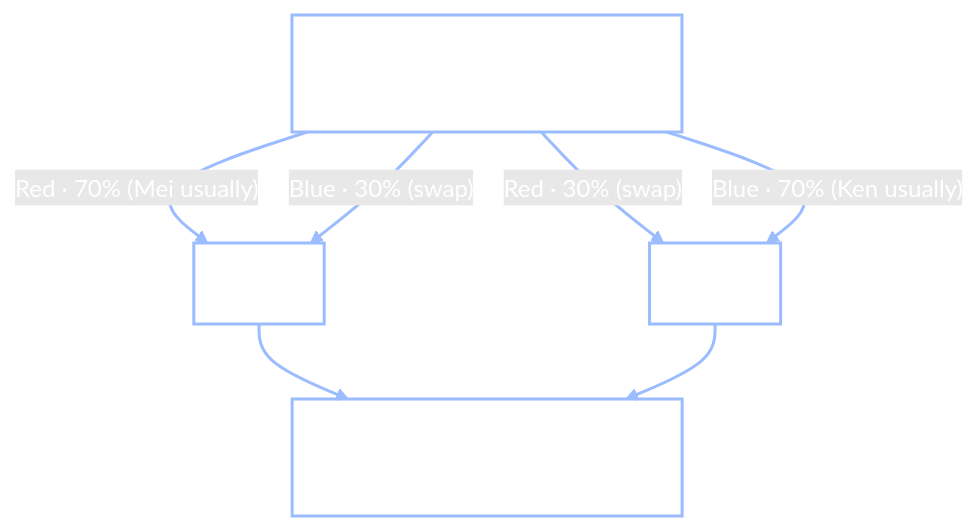
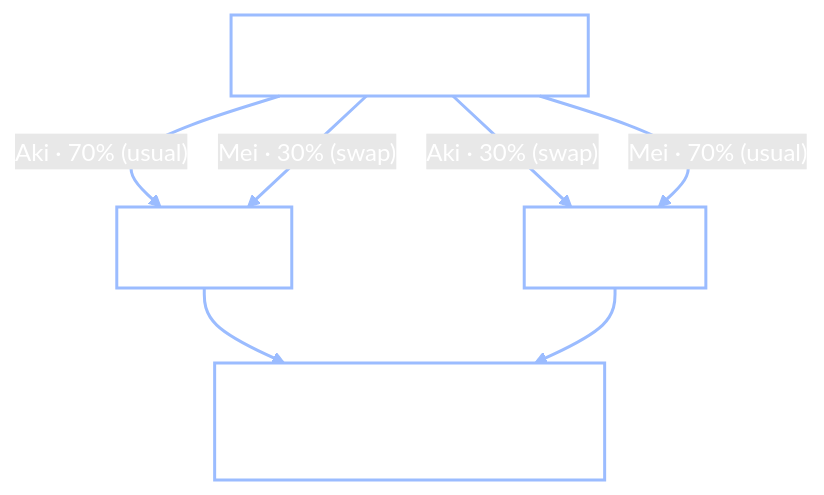
Before and after one commit to josephausterweil/probintro: the first of 2 diagrams in content/intro2/22_q_learning.md, drawn with Mermaid (forest theme). The commit also changed other lines of this file and 2 other files, not shown here.

First line of the commit message:
Ch22: recast the two-step task into the canonical Chibany bento setup

````diff
--- a/content/intro2/22_q_learning.md
+++ b/content/intro2/22_q_learning.md
@@ -279,13 +279,13 @@
 ```mermaid
 graph TD
-    S1["Chibany packs: Red box or Blue box?"]
-    S1 -->|"Red · 70% (Mei usually)"| MEI["Mei"]
-    S1 -->|"Red · 30% (swap)"| KEN["Ken"]
-    S1 -->|"Blue · 70% (Ken usually)"| KEN
-    S1 -->|"Blue · 30% (swap)"| MEI
-    MEI --> R["shares tonkatsu? (drifts slowly)"]
-    KEN --> R
+    S1["Chibany asks: Aki or Mei?"]
+    S1 -->|"Aki · 70% (usual)"| RED["Red box"]
+    S1 -->|"Aki · 30% (swap)"| BLUE["Blue box"]
+    S1 -->|"Mei · 70% (usual)"| BLUE
+    S1 -->|"Mei · 30% (swap)"| RED
+    RED --> R["tonkatsu or hamburger? (drifts slowly)"]
+    BLUE --> R
     classDef node fill:none,stroke:#9bbcff,stroke-width:2px,color:#fff
-    class S1,MEI,KEN,R node
+    class S1,RED,BLUE,R node
     linkStyle default stroke:#9bbcff,stroke-width:2px,color:#fff
 ```
````
